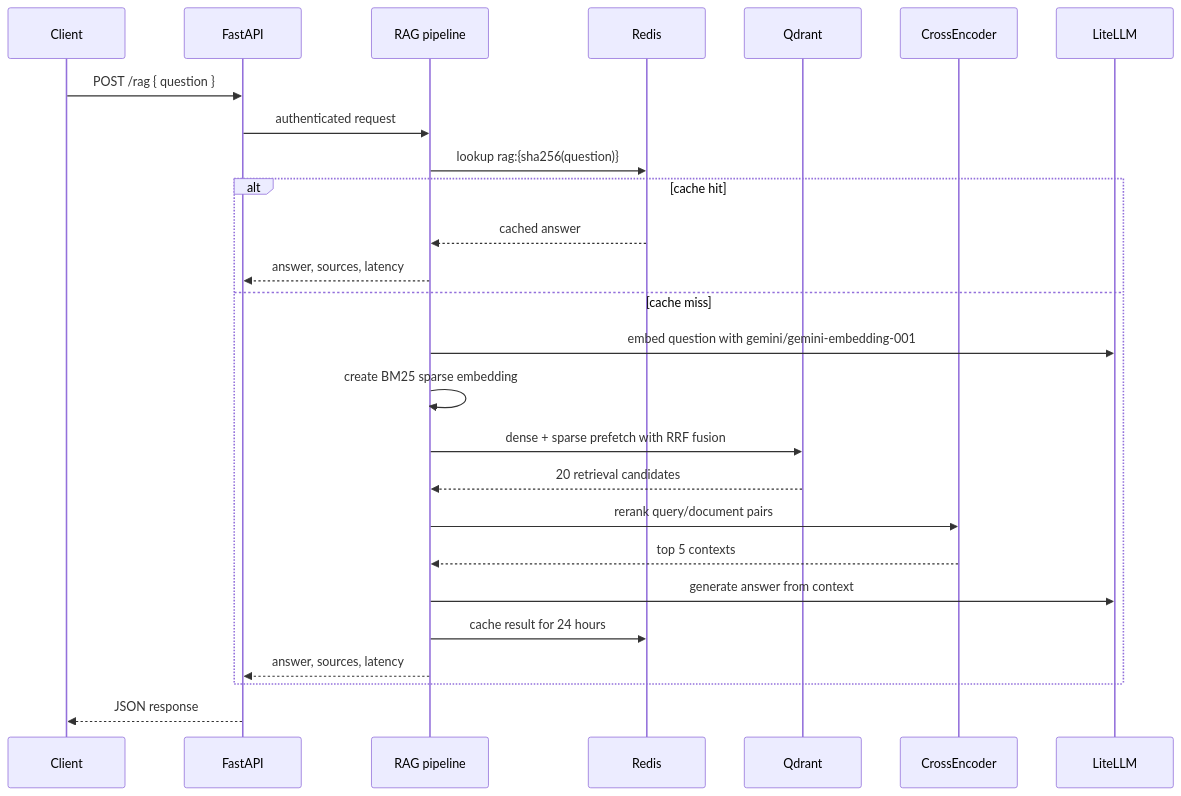
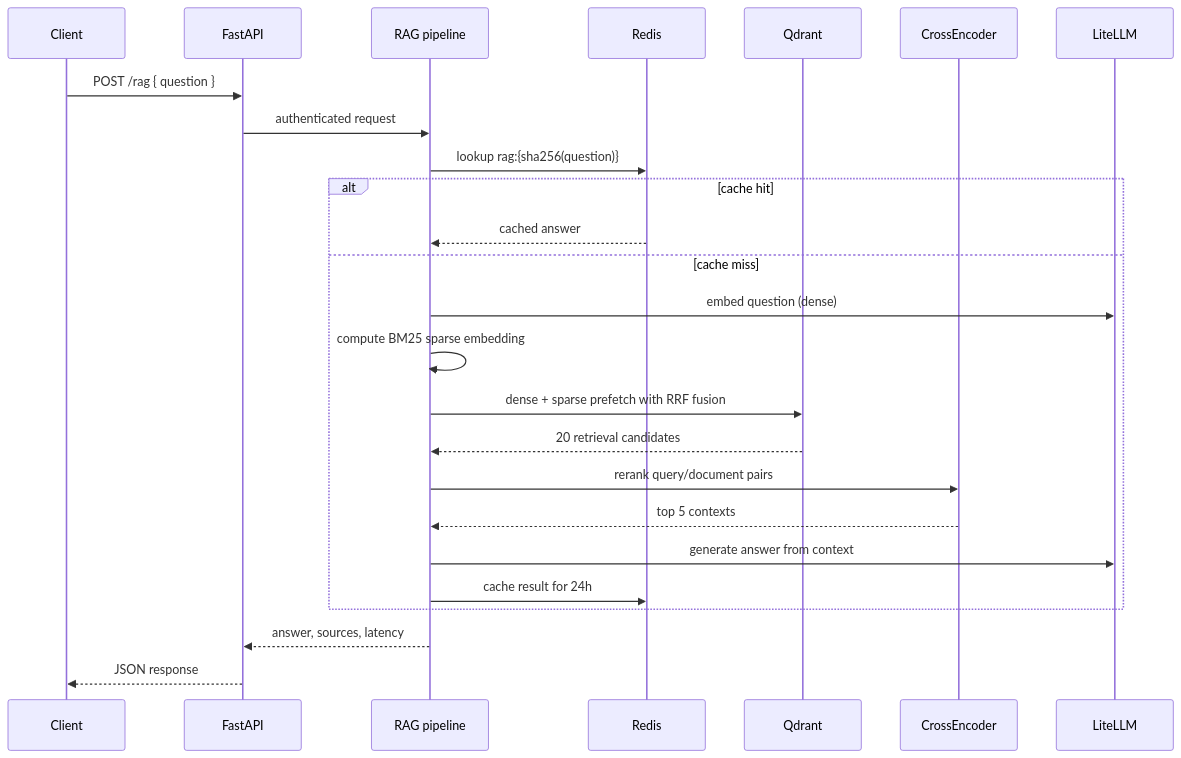
The second of 3 diagrams in README.md (abuhurayraniloy/RAGEval), drawn with Mermaid before and after one commit. The commit also changed other lines of this file and 4 other files, not shown here.

````diff
--- a/README.md
+++ b/README.md
@@ -59,29 +176,28 @@
 ```mermaid
 sequenceDiagram
     participant C as Client
     participant A as FastAPI
     participant R as RAG pipeline
     participant Redis as Redis
     participant Q as Qdrant
     participant X as CrossEncoder
     participant L as LiteLLM
 
     C->>A: POST /rag { question }
     A->>R: authenticated request
     R->>Redis: lookup rag:{sha256(question)}
     alt cache hit
         Redis-->>R: cached answer
-        R-->>A: answer, sources, latency
     else cache miss
-        R->>L: embed question with gemini/gemini-embedding-001
-        R->>R: create BM25 sparse embedding
+        R->>L: embed question (dense)
+        R->>R: compute BM25 sparse embedding
         R->>Q: dense + sparse prefetch with RRF fusion
         Q-->>R: 20 retrieval candidates
         R->>X: rerank query/document pairs
         X-->>R: top 5 contexts
         R->>L: generate answer from context
-        R->>Redis: cache result for 24 hours
-        R-->>A: answer, sources, latency
+        R->>Redis: cache result for 24h
     end
+    R-->>A: answer, sources, latency
     A-->>C: JSON response
 ```
````
